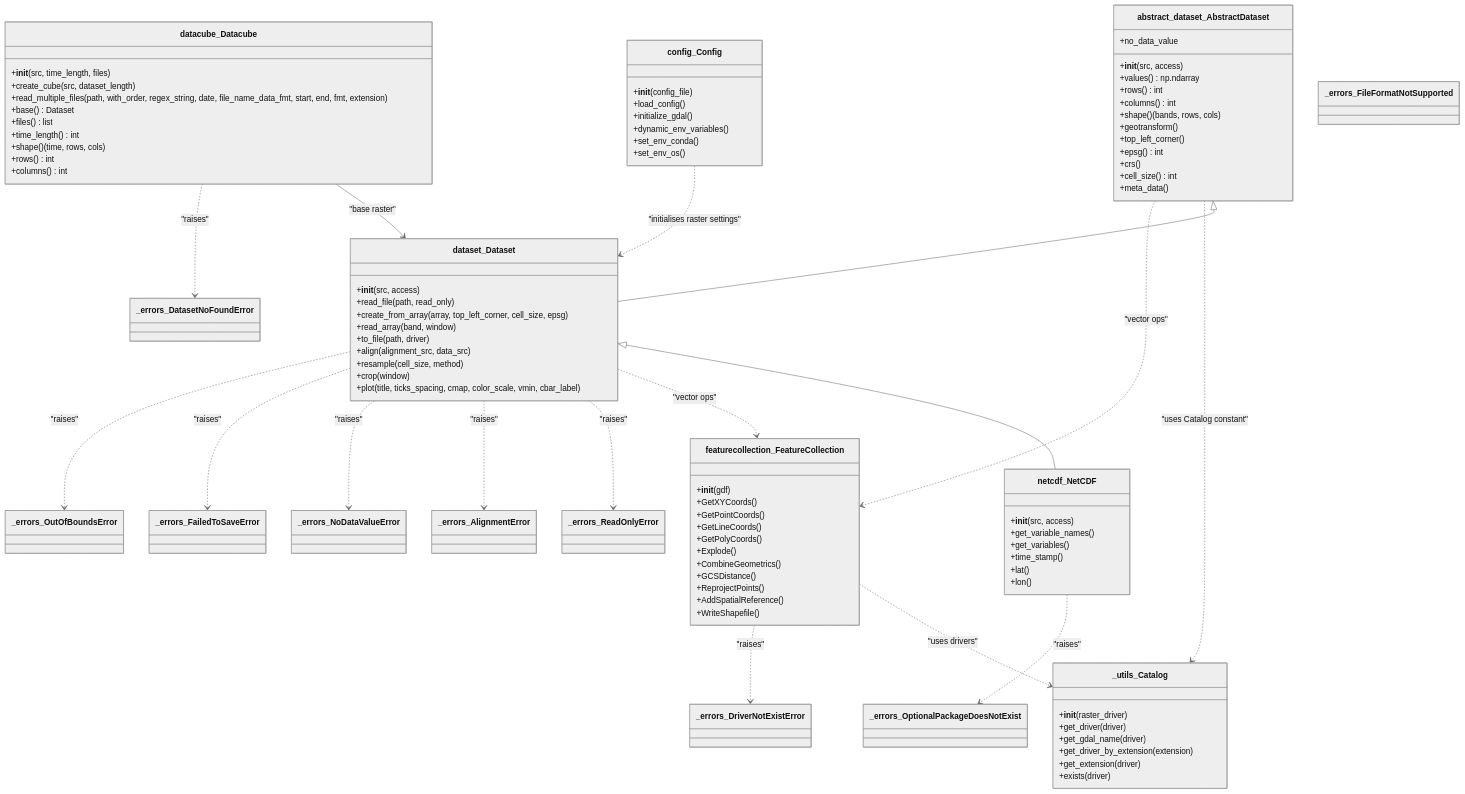
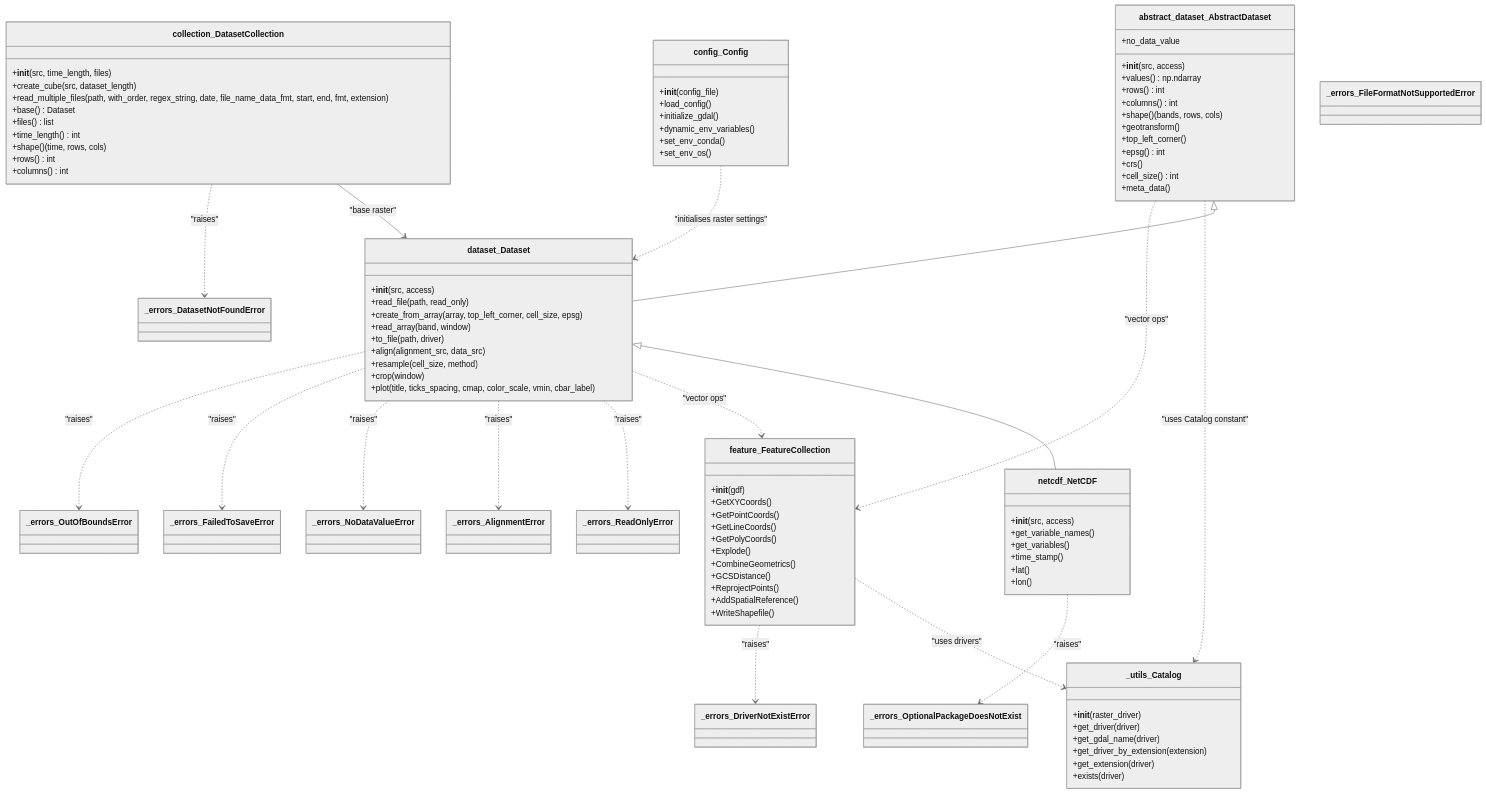
Diagram 12 of 13 in docs/architecture/diagrams.md (Serapieum-of-alex/pyramids), drawn with Mermaid (neutral theme) before and after one commit. The commit also changed other lines of this file and 59 other files, not shown here.

```diff
--- a/docs/architecture/diagrams.md
+++ b/docs/architecture/diagrams.md
@@ -201,7 +201,7 @@
     }
 
     %% DataCube: stack of rasters
-    class datacube_Datacube {
+    class collection_DatasetCollection {
         +__init__(src, time_length, files)
         +create_cube(src, dataset_length)
         +read_multiple_files(path, with_order, regex_string, date, file_name_data_fmt, start, end, fmt, extension)
@@ -214,7 +214,7 @@
     }
 
     %% FeatureCollection for vector data
-    class featurecollection_FeatureCollection {
+    class feature_FeatureCollection {
         +__init__(gdf)
         +GetXYCoords()
         +GetPointCoords()
@@ -240,11 +240,11 @@
 
     %% error classes
     class _errors_ReadOnlyError
-    class _errors_DatasetNoFoundError
+    class _errors_DatasetNotFoundError
     class _errors_NoDataValueError
     class _errors_AlignmentError
     class _errors_DriverNotExistError
-    class _errors_FileFormatNotSupported
+    class _errors_FileFormatNotSupportedError
     class _errors_OptionalPackageDoesNotExist
     class _errors_FailedToSaveError
     class _errors_OutOfBoundsError
@@ -254,18 +254,18 @@
     dataset_Dataset <|-- netcdf_NetCDF
 
     %% composition/usage relations
-    datacube_Datacube --> dataset_Dataset : "base raster"
+    collection_DatasetCollection --> dataset_Dataset : "base raster"
     abstract_dataset_AbstractDataset ..> _utils_Catalog : "uses Catalog constant"
-    abstract_dataset_AbstractDataset ..> featurecollection_FeatureCollection : "vector ops"
-    dataset_Dataset ..> featurecollection_FeatureCollection : "vector ops"
-    featurecollection_FeatureCollection ..> _utils_Catalog : "uses drivers"
+    abstract_dataset_AbstractDataset ..> feature_FeatureCollection : "vector ops"
+    dataset_Dataset ..> feature_FeatureCollection : "vector ops"
+    feature_FeatureCollection ..> _utils_Catalog : "uses drivers"
     dataset_Dataset ..> _errors_ReadOnlyError : "raises"
     dataset_Dataset ..> _errors_AlignmentError : "raises"
     dataset_Dataset ..> _errors_NoDataValueError : "raises"
     dataset_Dataset ..> _errors_FailedToSaveError : "raises"
     dataset_Dataset ..> _errors_OutOfBoundsError : "raises"
-    datacube_Datacube ..> _errors_DatasetNoFoundError : "raises"
-    featurecollection_FeatureCollection ..> _errors_DriverNotExistError : "raises"
+    collection_DatasetCollection ..> _errors_DatasetNotFoundError : "raises"
+    feature_FeatureCollection ..> _errors_DriverNotExistError : "raises"
     netcdf_NetCDF ..> _errors_OptionalPackageDoesNotExist : "raises"
     config_Config ..> dataset_Dataset : "initialises raster settings"
 
```
